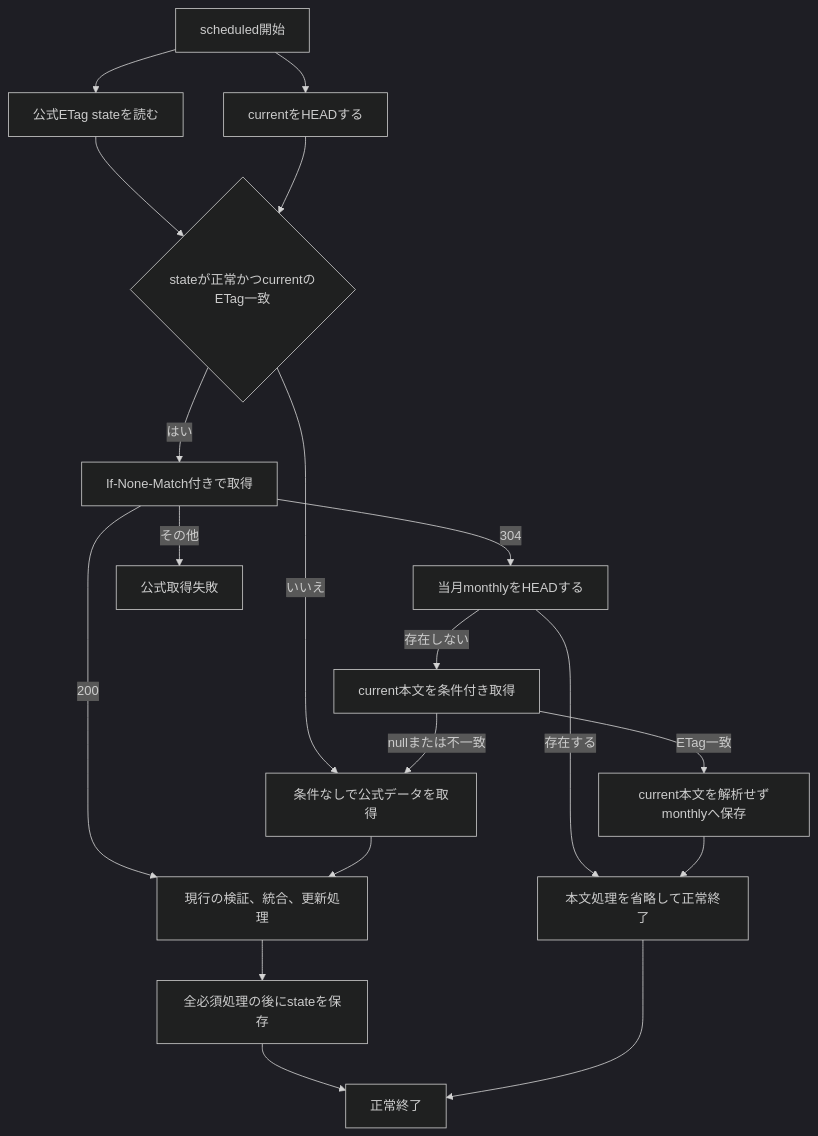
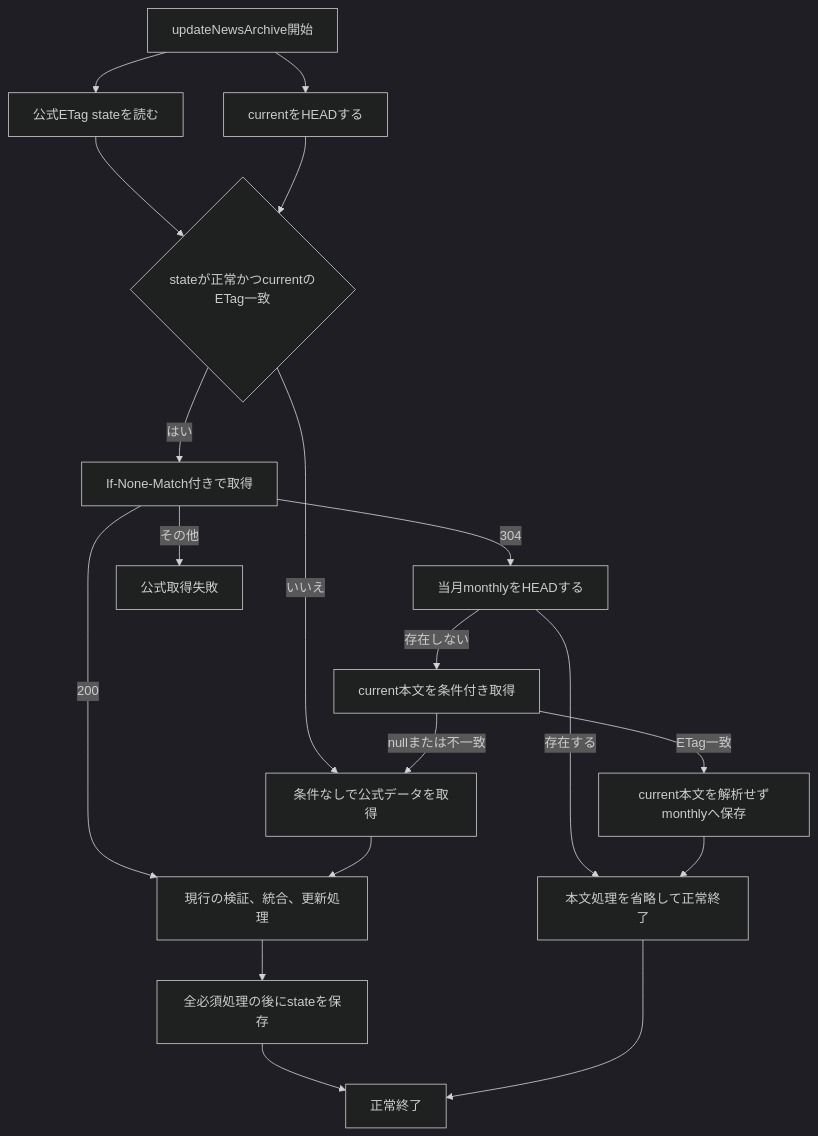
One commit to reamkf/kf3-notification-search changed the diagram in docs/news-archive-etag-optimization.md. Above: the diagram before and after it, drawn with Mermaid (dark theme). The commit also changed other lines of this file and 18 other files, not shown here.

````diff
--- a/docs/news-archive-etag-optimization.md
+++ b/docs/news-archive-etag-optimization.md
@@ -67,21 +67,21 @@
 ```mermaid
 flowchart TD
-    Start[scheduled開始] --> State[公式ETag stateを読む]
+    Start[updateNewsArchive開始] --> State[公式ETag stateを読む]
     Start --> HeadCurrent[currentをHEADする]
     State --> Eligible{stateが正常かつcurrentのETag一致}
     HeadCurrent --> Eligible
     Eligible -->|いいえ| FullFetch[条件なしで公式データを取得]
     Eligible -->|はい| ConditionalFetch[If-None-Match付きで取得]
     ConditionalFetch -->|200| FullProcess[現行の検証、統合、更新処理]
     ConditionalFetch -->|304| CheckMonthly[当月monthlyをHEADする]
     ConditionalFetch -->|その他| Fail[公式取得失敗]
     FullFetch --> FullProcess
     CheckMonthly -->|存在する| Skip[本文処理を省略して正常終了]
     CheckMonthly -->|存在しない| StreamCurrent[current本文を条件付き取得]
     StreamCurrent -->|ETag一致| Monthly[current本文を解析せずmonthlyへ保存]
     StreamCurrent -->|nullまたは不一致| FullFetch
     Monthly --> Skip
     FullProcess --> SaveState[全必須処理の後にstateを保存]
     SaveState --> Done[正常終了]
     Skip --> Done
 ```
````
